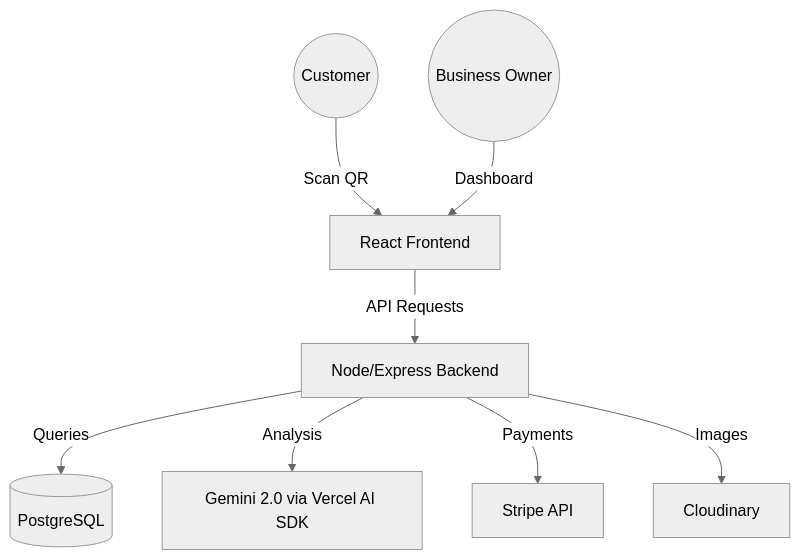
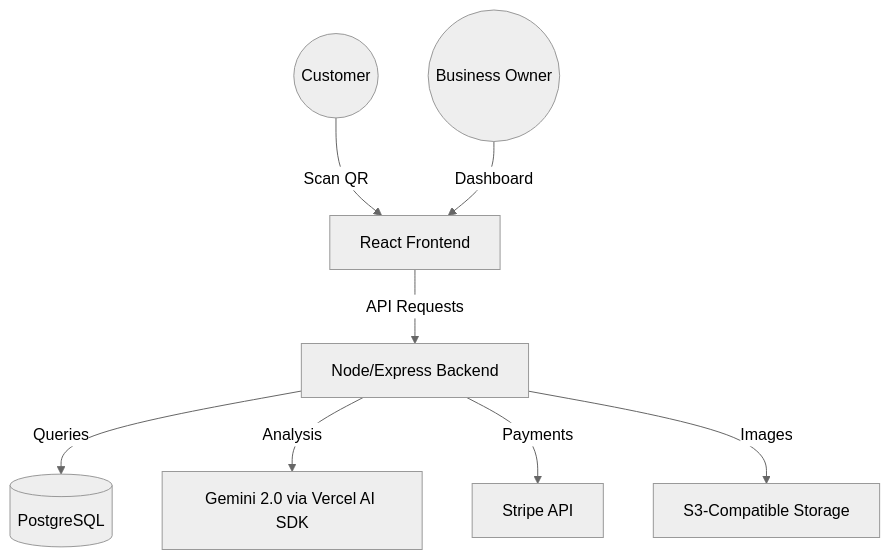
Before and after one commit to Endalk-sudo/Feedwise: the diagram in DOCUMENTATION.md, drawn with Mermaid (neutral theme). The commit also changed 15 other files, not shown here.

First line of the commit message:
chore(storage): migrate org logos from Cloudinary to S3-compatible storage

````diff
--- a/DOCUMENTATION.md
+++ b/DOCUMENTATION.md
@@ -13,10 +13,10 @@
 ```mermaid
 graph TD
     User((Customer)) -->|Scan QR| Client[React Frontend]
     Admin((Business Owner)) -->|Dashboard| Client
     Client -->|API Requests| Server[Node/Express Backend]
     Server -->|Queries| DB[(PostgreSQL)]
     Server -->|Analysis| AI[Gemini 2.0 via Vercel AI SDK]
     Server -->|Payments| Stripe[Stripe API]
-    Server -->|Images| Cloudinary[Cloudinary]
+    Server -->|Images| S3[S3-Compatible Storage]
 ```
````
